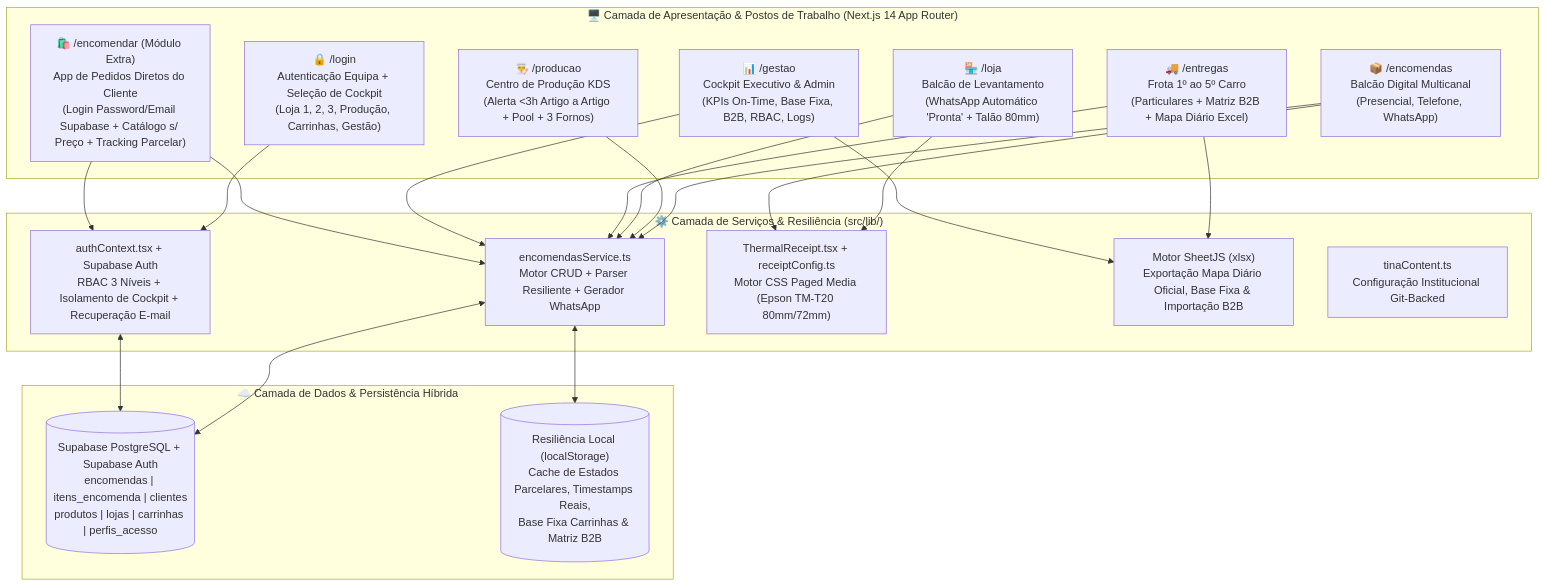
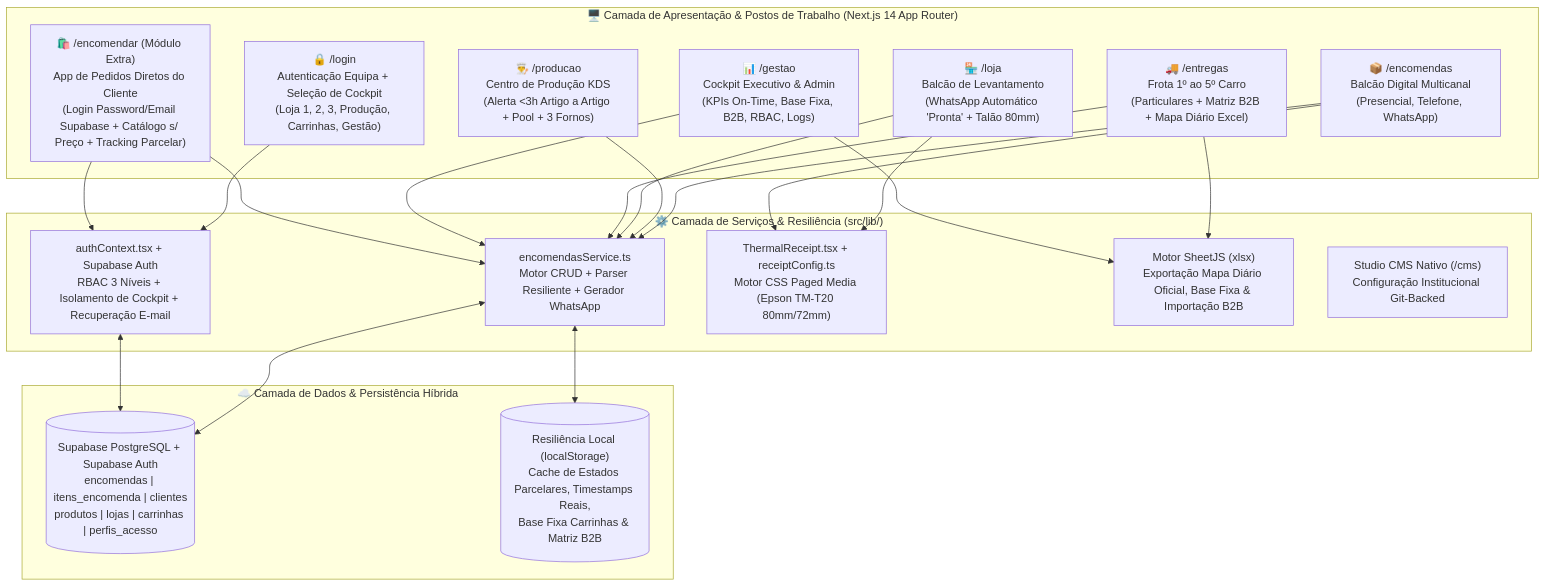
The first of 2 diagrams in docs/01_Dossier_Tecnico_e_Evolucao_Arquitetural.md (lfcarreiras/App-Padaria), drawn with Mermaid before and after one commit. The commit also changed other lines of this file and 25 other files, not shown here.

Commit message:
chore(v2.1.3): remove redundant tinacms external dependency and update docs/PDFs to Studio CMS Nativo (/cms)

````diff
--- a/docs/01_Dossier_Tecnico_e_Evolucao_Arquitetural.md
+++ b/docs/01_Dossier_Tecnico_e_Evolucao_Arquitetural.md
@@ -28,43 +28,43 @@
 ```mermaid
 flowchart TB
     subgraph ClientLayer ["🖥️ Camada de Apresentação & Postos de Trabalho (Next.js 14 App Router)"]
         LoginEquipa["🔒 /login\nAutenticação Equipa + Seleção de Cockpit\n(Loja 1, 2, 3, Produção, Carrinhas, Gestão)"]
         Balcao["📦 /encomendas\nBalcão Digital Multicanal\n(Presencial, Telefone, WhatsApp)"]
         Producao["👨‍🍳 /producao\nCentro de Produção KDS\n(Alerta <3h Artigo a Artigo + Pool + 3 Fornos)"]
         ExpedicaoLoja["🏪 /loja\nBalcão de Levantamento\n(WhatsApp Automático 'Pronta' + Talão 80mm)"]
         Logistica["🚚 /entregas\nFrota 1º ao 5º Carro\n(Particulares + Matriz B2B + Mapa Diário Excel)"]
         CockpitGestao["📊 /gestao\nCockpit Executivo & Admin\n(KPIs On-Time, Base Fixa, B2B, RBAC, Logs)"]
         PortalCliente["🛍️ /encomendar (Módulo Extra)\nApp de Pedidos Diretos do Cliente\n(Login Password/Email Supabase + Catálogo s/ Preço + Tracking Parcelar)"]
     end
 
     subgraph ServiceLayer ["⚙️ Camada de Serviços & Resiliência (src/lib/)"]
         EncService["encomendasService.ts\nMotor CRUD + Parser Resiliente + Gerador WhatsApp"]
         AuthCtx["authContext.tsx + Supabase Auth\nRBAC 3 Níveis + Isolamento de Cockpit + Recuperação E-mail"]
         ThermalEngine["ThermalReceipt.tsx + receiptConfig.ts\nMotor CSS Paged Media (Epson TM-T20 80mm/72mm)"]
         ExcelEngine["Motor SheetJS (xlsx)\nExportação Mapa Diário Oficial, Base Fixa & Importação B2B"]
-        TinaLayer["tinaContent.ts\nConfiguração Institucional Git-Backed"]
+        TinaLayer["Studio CMS Nativo (/cms)\nConfiguração Institucional Git-Backed"]
     end
 
     subgraph DataLayer ["☁️ Camada de Dados & Persistência Híbrida"]
         SupabaseDB[("Supabase PostgreSQL + Supabase Auth\nencomendas | itens_encomenda | clientes\nprodutos | lojas | carrinhas | perfis_acesso")]
         LocalFallback[("Resiliência Local (localStorage)\nCache de Estados Parcelares, Timestamps Reais,\nBase Fixa Carrinhas & Matriz B2B")]
     end
 
     LoginEquipa --> AuthCtx
     Balcao --> EncService
     Producao --> EncService
     ExpedicaoLoja --> EncService
     Logistica --> EncService
     CockpitGestao --> EncService
     PortalCliente --> EncService
     PortalCliente --> AuthCtx
 
     ExpedicaoLoja --> ThermalEngine
     Balcao --> ThermalEngine
     Logistica --> ExcelEngine
     CockpitGestao --> ExcelEngine
 
     EncService <--> SupabaseDB
     EncService <--> LocalFallback
     AuthCtx <--> SupabaseDB
 ```
````
